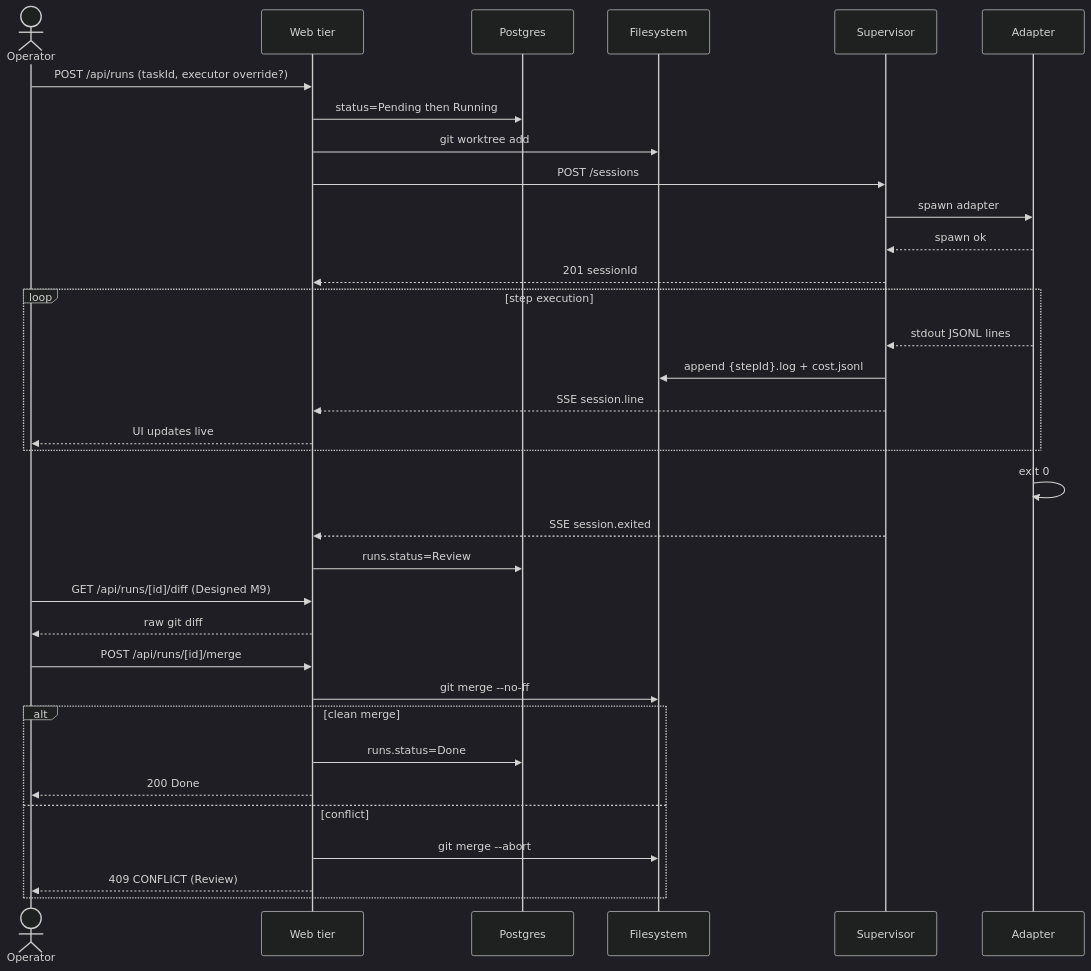
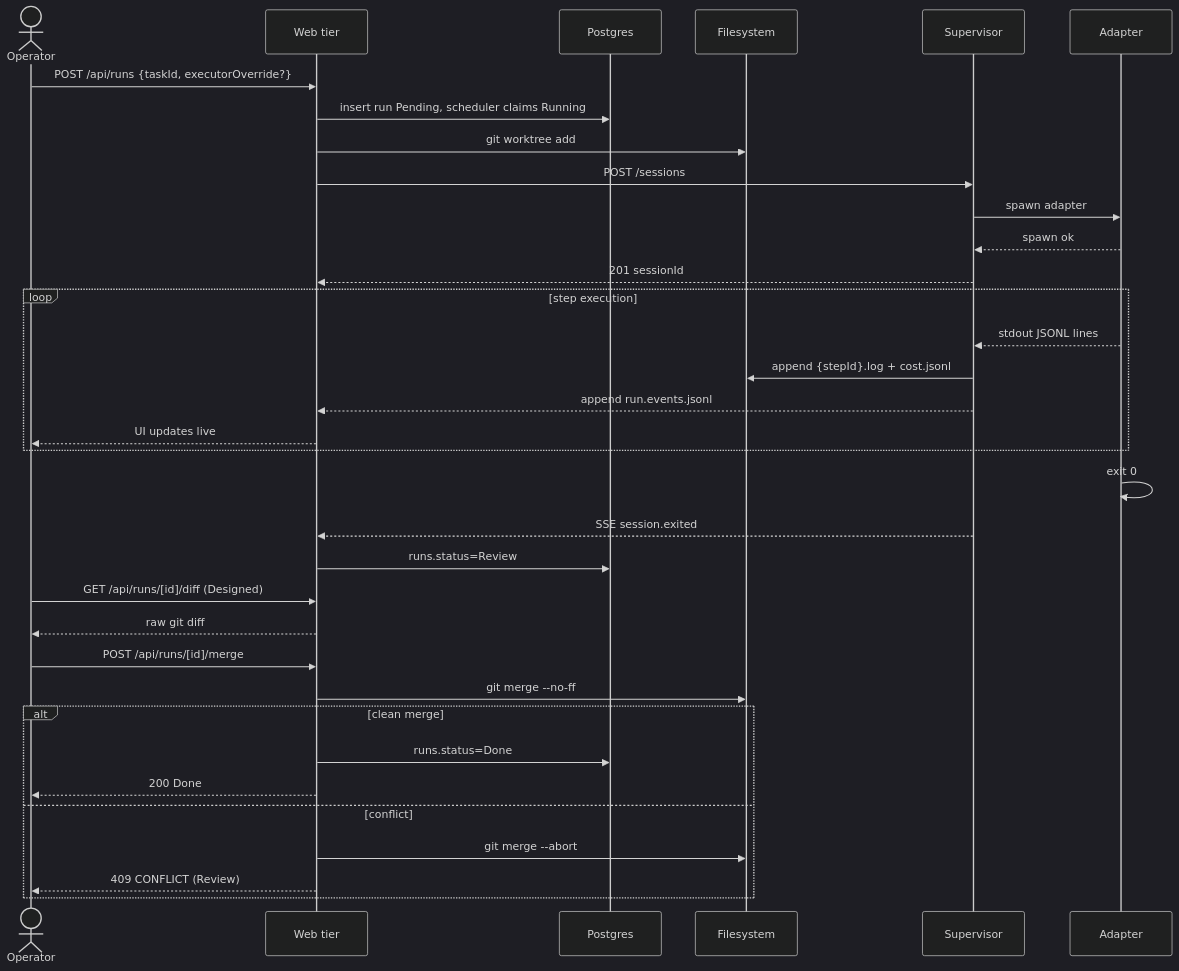
One commit to maister-dev/maister changed the second of 4 diagrams in docs/system-analytics/runs.md. Above: the diagram before and after it, drawn with Mermaid (dark theme). The commit also changed other lines of this file and 46 other files, not shown here.

````diff
--- a/docs/system-analytics/runs.md
+++ b/docs/system-analytics/runs.md
@@ -62,37 +62,37 @@
 ```mermaid
 sequenceDiagram
     actor U as Operator
     participant W as Web tier
     participant DB as Postgres
     participant FS as Filesystem
     participant SV as Supervisor
     participant A as Adapter
 
-    U->>W: POST /api/runs (taskId, executor override?)
-    W->>DB: status=Pending then Running
+    U->>W: POST /api/runs {taskId, executorOverride?}
+    W->>DB: insert run Pending, scheduler claims Running
     W->>FS: git worktree add
     W->>SV: POST /sessions
     SV->>A: spawn adapter
     A-->>SV: spawn ok
     SV-->>W: 201 sessionId
     loop step execution
         A-->>SV: stdout JSONL lines
         SV->>FS: append {stepId}.log + cost.jsonl
-        SV-->>W: SSE session.line
+        SV-->>W: append run.events.jsonl
         W-->>U: UI updates live
     end
     A->>A: exit 0
     SV-->>W: SSE session.exited
     W->>DB: runs.status=Review
-    U->>W: GET /api/runs/[id]/diff (Designed M9)
+    U->>W: GET /api/runs/[id]/diff (Designed)
     W-->>U: raw git diff
     U->>W: POST /api/runs/[id]/merge
     W->>FS: git merge --no-ff
     alt clean merge
         W->>DB: runs.status=Done
         W-->>U: 200 Done
     else conflict
         W->>FS: git merge --abort
         W-->>U: 409 CONFLICT (Review)
     end
 ```
````
